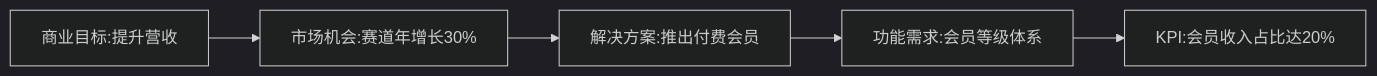
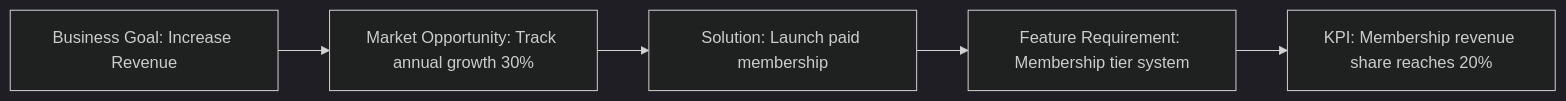
The ninth of 9 diagrams in templates/产品/战略层/【模板】商业需求文档.md (Kirky-X/cangjie), drawn with Mermaid (dark theme) before and after one commit. The commit also changed other lines of this file and 60 other files, not shown here.

````diff
--- a/templates/产品/战略层/【模板】商业需求文档.md
+++ b/templates/产品/战略层/【模板】商业需求文档.md
@@ -481,7 +405,7 @@
 ```mermaid
 flowchart LR
-    B1[商业目标:提升营收] --> M1[市场机会:赛道年增长30%]
-    M1 --> S1[解决方案:推出付费会员]
-    S1 --> F1[功能需求:会员等级体系]
-    F1 --> K1[KPI:会员收入占比达20%]
+    B1[Business Goal: Increase Revenue] --> M1[Market Opportunity: Track annual growth 30%]
+    M1 --> S1[Solution: Launch paid membership]
+    S1 --> F1[Feature Requirement: Membership tier system]
+    F1 --> K1[KPI: Membership revenue share reaches 20%]
 ```
````
